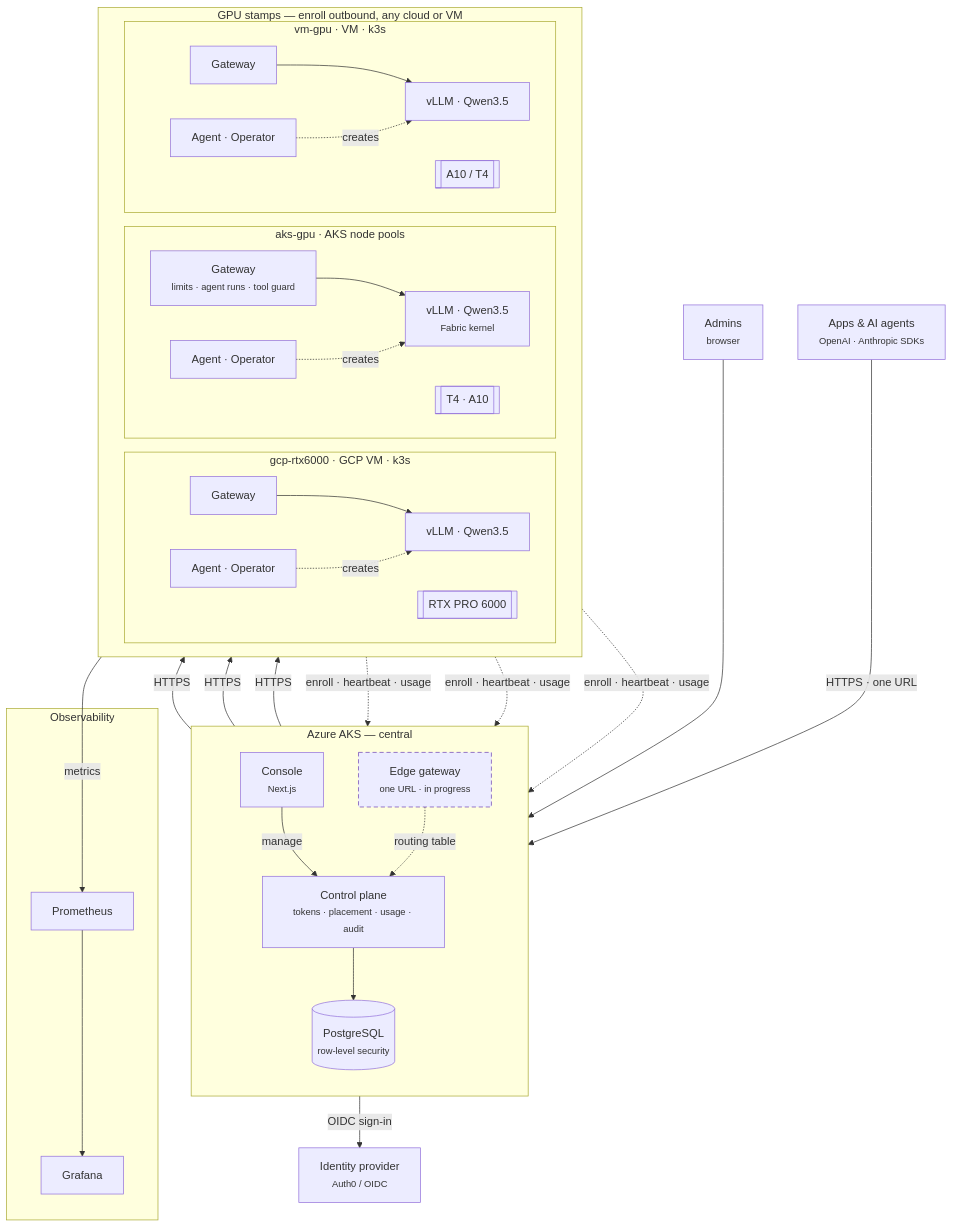
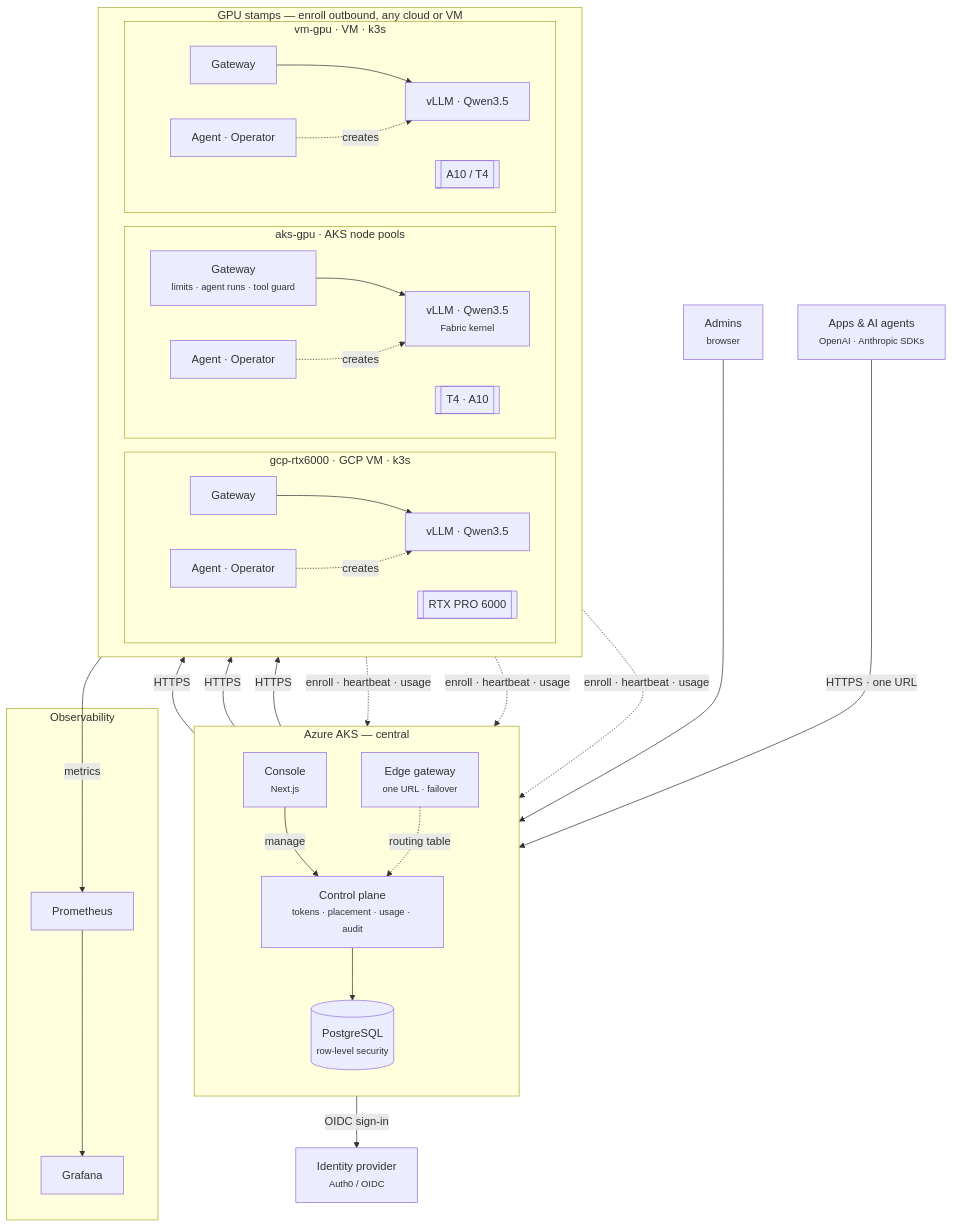
Before and after one commit to khushwant04/fabric: the diagram in docs/architecture/README.md, drawn with Mermaid. The commit also changed other lines of this file and 1 other file, not shown here.

First line of the commit message:
Mark the edge gateway as implemented in architecture diagrams

````diff
--- a/docs/architecture/README.md
+++ b/docs/architecture/README.md
@@ -18,50 +15,47 @@
 ```mermaid
 flowchart TB
     apps["Apps & AI agents<br/><small>OpenAI · Anthropic SDKs</small>"]
     admins["Admins<br/><small>browser</small>"]
     idp["Identity provider<br/><small>Auth0 / OIDC</small>"]
 
     subgraph AKS["Azure AKS — central"]
         direction TB
-        edge["Edge gateway<br/><small>one URL · in progress</small>"]
+        edge["Edge gateway<br/><small>one URL · failover</small>"]
         console["Console<br/><small>Next.js</small>"]
         cp["Control plane<br/><small>tokens · placement · usage · audit</small>"]
         pg[("PostgreSQL<br/><small>row-level security</small>")]
     end
 
     subgraph STAMPS["GPU stamps — enroll outbound, any cloud or VM"]
         direction LR
         subgraph A["aks-gpu · AKS node pools"]
             gwA["Gateway<br/><small>limits · agent runs · tool guard</small>"] --> vlA["vLLM · Qwen3.5<br/><small>Fabric kernel</small>"]
             agA["Agent · Operator"] -.creates.-> vlA
             gpuA[["T4 · A10"]]
         end
         subgraph B["gcp-rtx6000 · GCP VM · k3s"]
             gwB["Gateway"] --> vlB["vLLM · Qwen3.5"]
             agB["Agent · Operator"] -.creates.-> vlB
             gpuB[["RTX PRO 6000"]]
         end
         subgraph C["vm-gpu · VM · k3s"]
             gwC["Gateway"] --> vlC["vLLM · Qwen3.5"]
             agC["Agent · Operator"] -.creates.-> vlC
             gpuC[["A10 / T4"]]
         end
     end
 
     subgraph OBS["Observability"]
         prom["Prometheus"] --> graf["Grafana"]
     end
 
     apps -- "HTTPS · one URL" --> edge
     admins --> console
     console -- "OIDC sign-in" --> idp
     console -- manage --> cp
     cp --> pg
     edge -. "routing table" .-> cp
     edge -- HTTPS --> gwA & gwB & gwC
     agA & agB & agC -. "enroll · heartbeat · usage" .-> cp
     STAMPS -- metrics --> prom
-
-    classDef wip stroke-dasharray: 6 4,stroke:#6A3FB5;
-    class edge wip;
 ```
````
